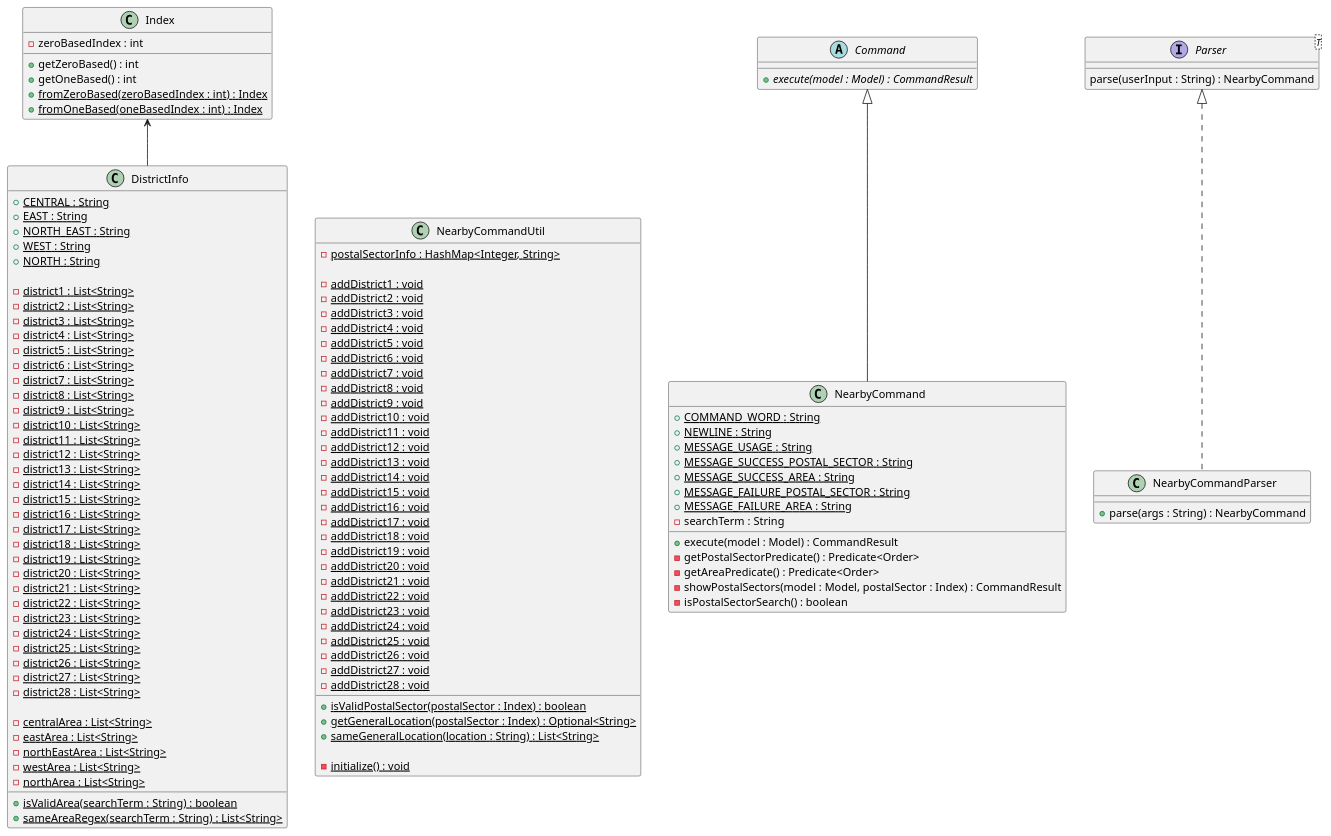
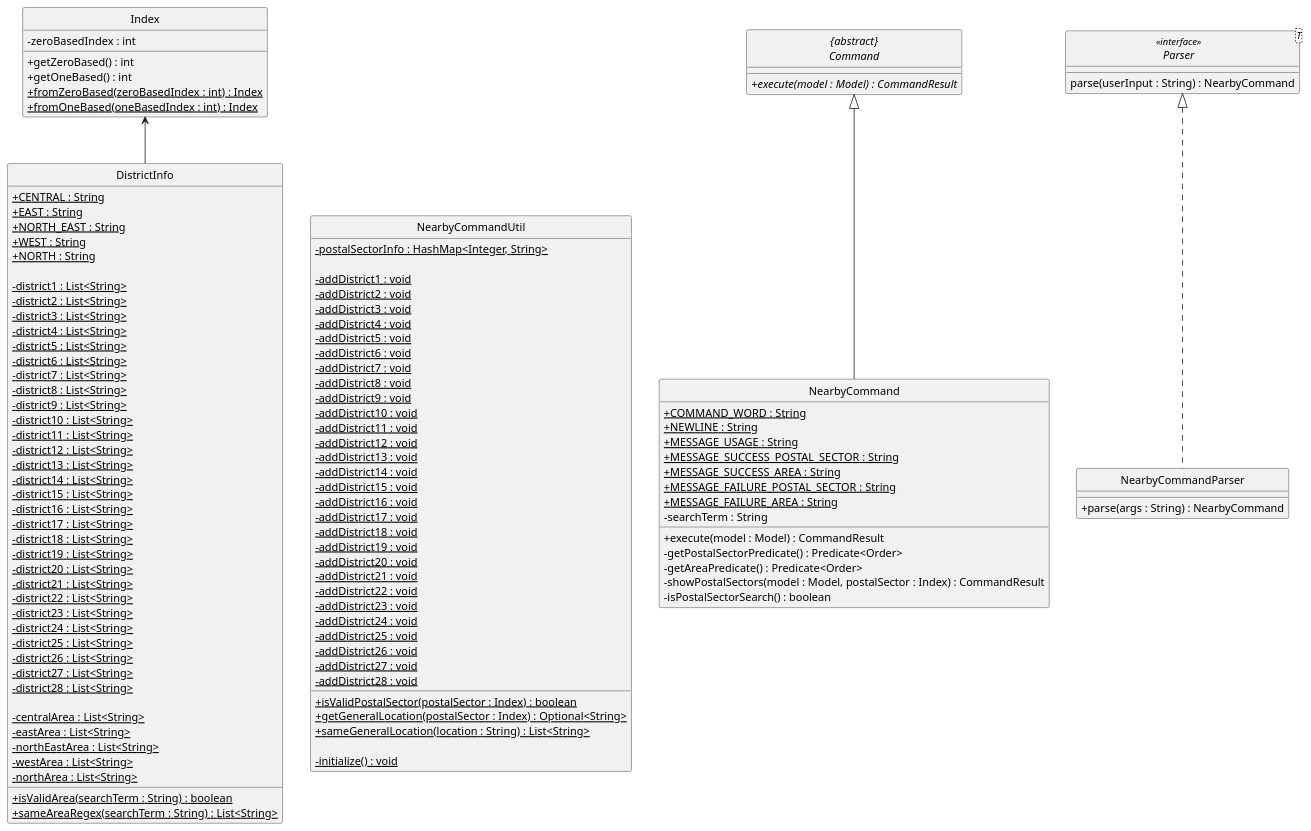
One commit to nus-cs2103-AY1920S2/addressbook-level3 changed the diagram in docs/diagrams/NearbyClassDiagram.puml. Above: the diagram before and after it, drawn with PlantUML. The commit also changed 1 other file, not shown here.

Commit message:
NearbyClassDiagram.puml: Remove icons for visibility fields and hide class symbols

```diff
--- a/docs/diagrams/NearbyClassDiagram.puml
+++ b/docs/diagrams/NearbyClassDiagram.puml
@@ -1,136 +1,140 @@
 @startuml
 skinparam backgroundColor #ffffff
+skinparam classAttributeIconSize 0
+hide circle
 
 class DistrictInfo {
     /' Fields '/
     + {static} CENTRAL : String
     + {static} EAST : String
     + {static} NORTH_EAST : String
     + {static} WEST : String
     + {static} NORTH : String
 
     - {static} district1 : List<String>
     - {static} district2 : List<String>
     - {static} district3 : List<String>
     - {static} district4 : List<String>
     - {static} district5 : List<String>
     - {static} district6 : List<String>
     - {static} district7 : List<String>
     - {static} district8 : List<String>
     - {static} district9 : List<String>
     - {static} district10 : List<String>
     - {static} district11 : List<String>
     - {static} district12 : List<String>
     - {static} district13 : List<String>
     - {static} district14 : List<String>
     - {static} district15 : List<String>
     - {static} district16 : List<String>
     - {static} district17 : List<String>
     - {static} district18 : List<String>
     - {static} district19 : List<String>
     - {static} district20 : List<String>
     - {static} district21 : List<String>
     - {static} district22 : List<String>
     - {static} district23 : List<String>
     - {static} district24 : List<String>
     - {static} district25 : List<String>
     - {static} district26 : List<String>
     - {static} district27 : List<String>
     - {static} district28 : List<String>
 
     - {static} centralArea : List<String>
     - {static} eastArea : List<String>
     - {static} northEastArea : List<String>
     - {static} westArea : List<String>
     - {static} northArea : List<String>
 
     /' Methods '/
     + {static} isValidArea(searchTerm : String) : boolean
     + {static} sameAreaRegex(searchTerm : String) : List<String>
 }
 
 class NearbyCommandUtil {
     /' Fields '/
     - {static} postalSectorInfo : HashMap<Integer, String>
     /' Methods '/
     + {static} isValidPostalSector(postalSector : Index) : boolean
     + {static} getGeneralLocation(postalSector : Index) : Optional<String>
     + {static} sameGeneralLocation(location : String) : List<String>
 
     - {static} initialize() : void
     - {static} addDistrict1 : void
     - {static} addDistrict2 : void
     - {static} addDistrict3 : void
     - {static} addDistrict4 : void
     - {static} addDistrict5 : void
     - {static} addDistrict6 : void
     - {static} addDistrict7 : void
     - {static} addDistrict8 : void
     - {static} addDistrict9 : void
     - {static} addDistrict10 : void
     - {static} addDistrict11 : void
     - {static} addDistrict12 : void
     - {static} addDistrict13 : void
     - {static} addDistrict14 : void
     - {static} addDistrict15 : void
     - {static} addDistrict16 : void
     - {static} addDistrict17 : void
     - {static} addDistrict18 : void
     - {static} addDistrict19 : void
     - {static} addDistrict20 : void
     - {static} addDistrict21 : void
     - {static} addDistrict22 : void
     - {static} addDistrict23 : void
     - {static} addDistrict24 : void
     - {static} addDistrict25 : void
     - {static} addDistrict26 : void
     - {static} addDistrict27 : void
     - {static} addDistrict28 : void
 }
 
 class Index {
     /' Fields '/
     - zeroBasedIndex : int
     /' Methods '/
     + getZeroBased() : int
     + getOneBased() : int
     + {static} fromZeroBased(zeroBasedIndex : int) : Index
     + {static} fromOneBased(oneBasedIndex : int) : Index
 }
 
-class NearbyCommand extends Command {
+class NearbyCommand {
     /' Fields '/
     + {static} COMMAND_WORD : String
     + {static} NEWLINE : String
     + {static} MESSAGE_USAGE : String
     + {static} MESSAGE_SUCCESS_POSTAL_SECTOR : String
     + {static} MESSAGE_SUCCESS_AREA : String
     + {static} MESSAGE_FAILURE_POSTAL_SECTOR : String
     + {static} MESSAGE_FAILURE_AREA : String
     - searchTerm : String
 
     /' Methods '/
     + execute(model : Model) : CommandResult
     - getPostalSectorPredicate() : Predicate<Order>
     - getAreaPredicate() : Predicate<Order>
     - showPostalSectors(model : Model, postalSector : Index) : CommandResult
     - isPostalSectorSearch() : boolean
 }
 
-abstract class Command {
+abstract class "{abstract}\nCommand" {
     + {abstract} execute(model : Model) : CommandResult
 }
+
+NearbyCommand --up|> "{abstract}\nCommand"
 
 class NearbyCommandParser implements Parser {
     + parse(args : String) : NearbyCommand
 }
 
-interface Parser<T> {
+interface Parser<T> <<interface>> {
     parse(userInput : String) : NearbyCommand
 }
 
 DistrictInfo -up-> Index
 /' Alignment, using hidden connector '/
 DistrictInfo -[hidden] NearbyCommandUtil
 
 @enduml
```
